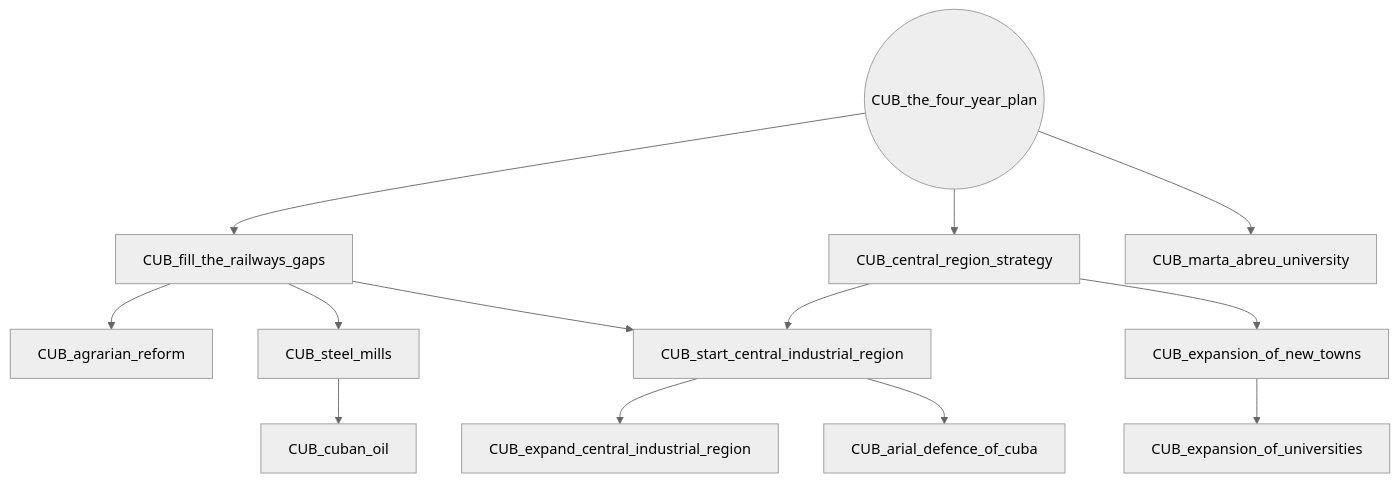
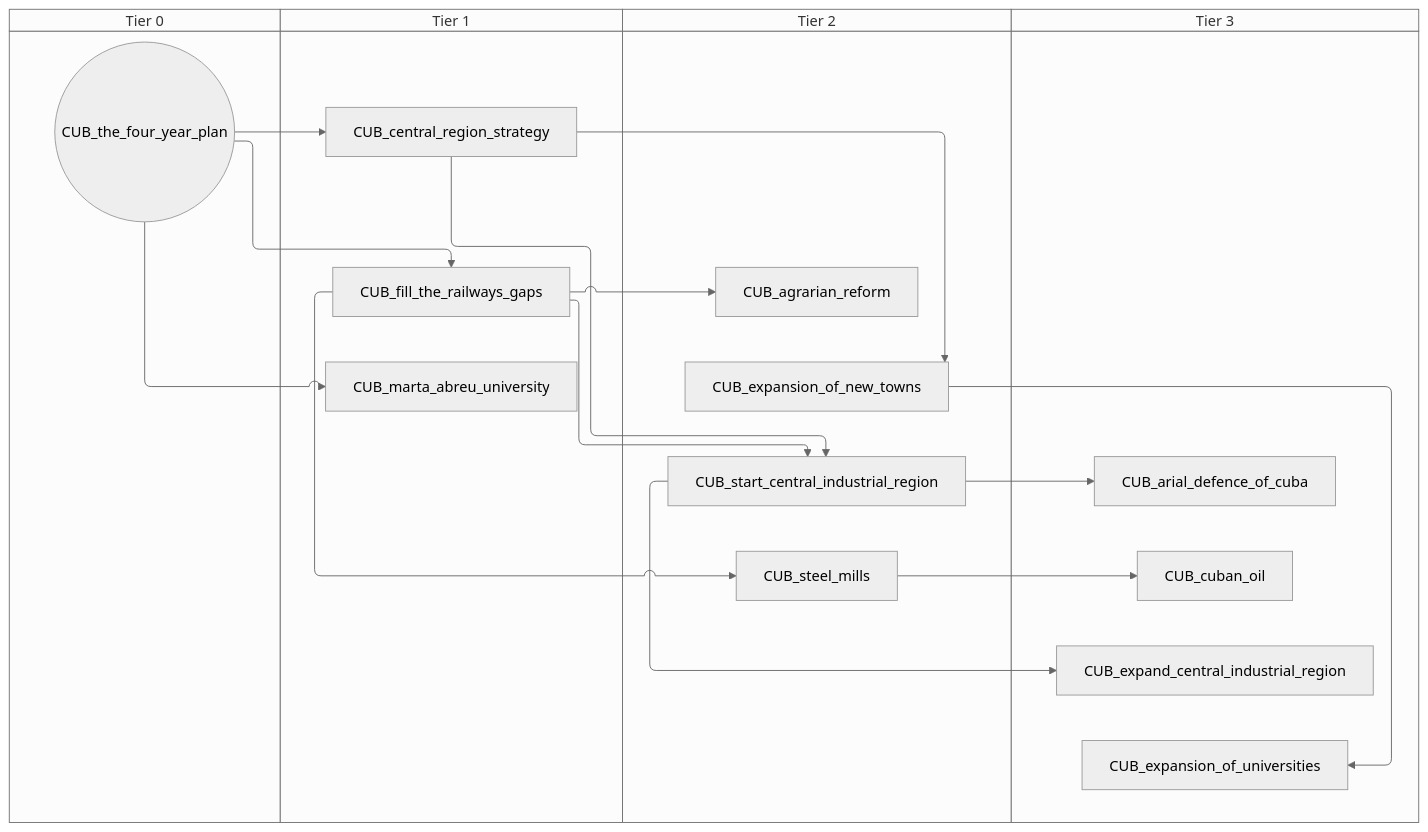
Before and after one commit to evgeny-sobol/hoi4-sandbox-mode-r56: the fifth of 5 diagrams in docs/gdd/National Focuses/r56/Cuba.md, drawn with Mermaid (neutral theme). The commit also changed other lines of this file and 423 other files, not shown here.

First line of the commit message:
Re-export Rt56 focus trees as swimlane diagrams

````diff
--- a/docs/gdd/National Focuses/r56/Cuba.md
+++ b/docs/gdd/National Focuses/r56/Cuba.md
@@ -305,27 +361,35 @@
 ```mermaid
-flowchart TD
-    n125["CUB_agrarian_reform"]
-    n126["CUB_arial_defence_of_cuba"]
-    n127["CUB_central_region_strategy"]
-    n128["CUB_cuban_oil"]
-    n129["CUB_expand_central_industrial_region"]
-    n130["CUB_expansion_of_new_towns"]
-    n131["CUB_expansion_of_universities"]
-    n132["CUB_fill_the_railways_gaps"]
-    n133["CUB_marta_abreu_university"]
-    n134["CUB_start_central_industrial_region"]
-    n135["CUB_steel_mills"]
-    n136(("CUB_the_four_year_plan"))
-    n132 --> n125
-    n134 --> n126
-    n136 --> n127
-    n135 --> n128
-    n134 --> n129
-    n127 --> n130
-    n130 --> n131
-    n136 --> n132
-    n136 --> n133
+swimlane-beta TD
+    subgraph tier_0["Tier 0"]
+        n125(("CUB_the_four_year_plan"))
+    end
+    subgraph tier_1["Tier 1"]
+        n126["CUB_central_region_strategy"]
+        n127["CUB_fill_the_railways_gaps"]
+        n128["CUB_marta_abreu_university"]
+    end
+    subgraph tier_2["Tier 2"]
+        n129["CUB_agrarian_reform"]
+        n130["CUB_expansion_of_new_towns"]
+        n131["CUB_start_central_industrial_region"]
+        n132["CUB_steel_mills"]
+    end
+    subgraph tier_3["Tier 3"]
+        n133["CUB_arial_defence_of_cuba"]
+        n134["CUB_cuban_oil"]
+        n135["CUB_expand_central_industrial_region"]
+        n136["CUB_expansion_of_universities"]
+    end
+    n127 --> n129
+    n131 --> n133
+    n125 --> n126
     n132 --> n134
-    n127 --> n134
-    n132 --> n135
+    n131 --> n135
+    n126 --> n130
+    n130 --> n136
+    n125 --> n127
+    n125 --> n128
+    n127 --> n131
+    n126 --> n131
+    n127 --> n132
 ```
````
